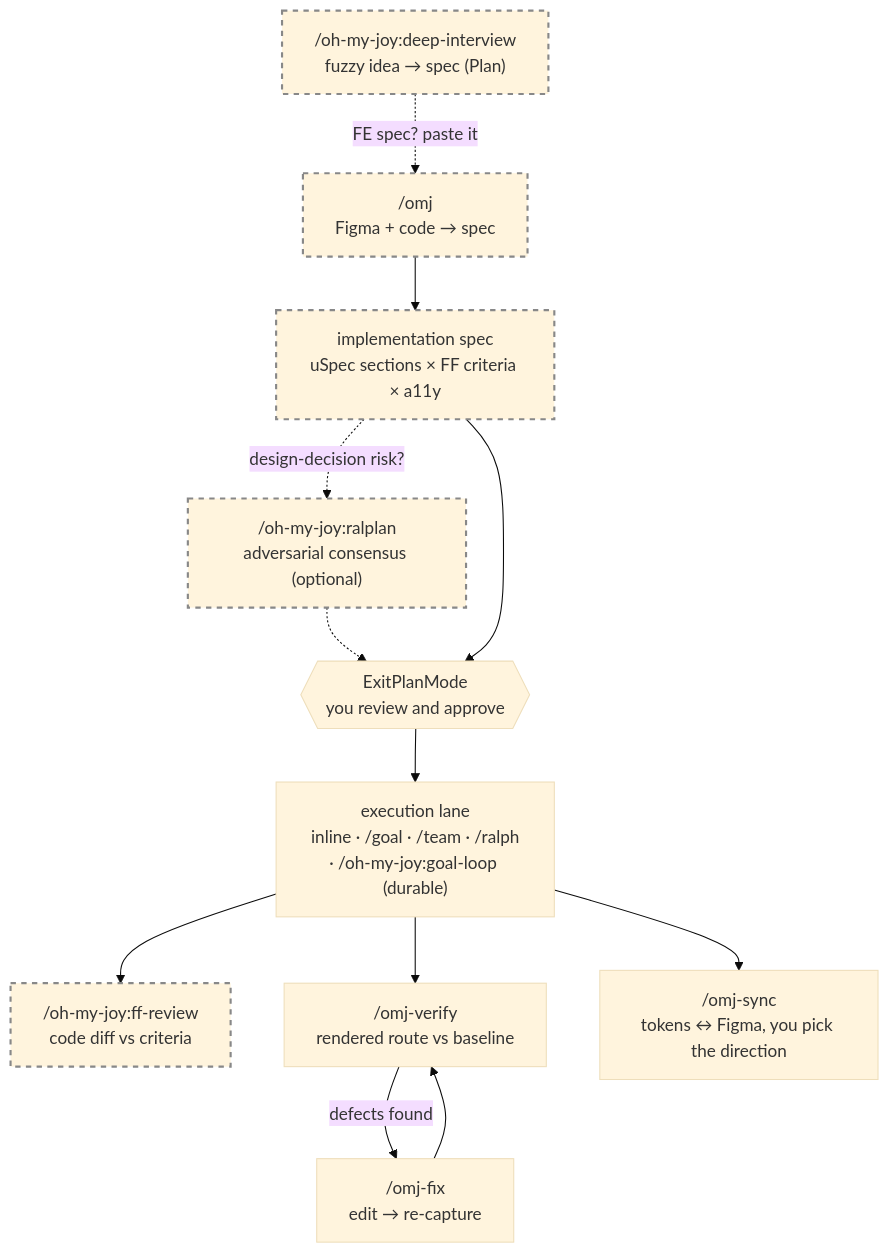
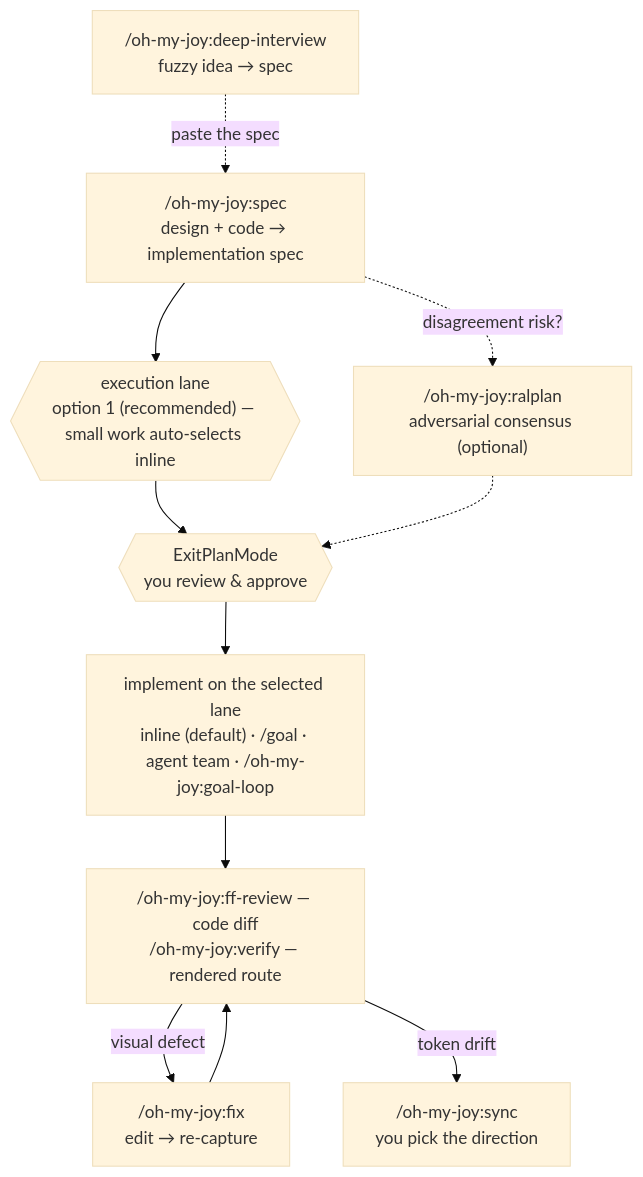
Before and after one commit to S-jooyoung/oh-my-joy: the diagram in README.md, drawn with Mermaid (base theme). The commit also changed other lines of this file and 34 other files, not shown here.

First line of the commit message:
refactor: unify commands under /oh-my-joy and rebase execution lanes (#26)

````diff
--- a/README.md
+++ b/README.md
@@ -28,16 +55,13 @@
 ```mermaid
 flowchart TD
-    DI["/oh-my-joy:deep-interview<br/>fuzzy idea → spec (Plan)"]:::readonly -.->|"FE spec? paste it"| A
-    A["/omj<br/>Figma + code → spec"]:::readonly --> B["implementation spec<br/>uSpec sections × FF criteria × a11y"]:::readonly
-    B -.->|"design-decision risk?"| R["/oh-my-joy:ralplan<br/>adversarial consensus (optional)"]:::readonly
-    R -.-> C
-    B --> C{{"ExitPlanMode<br/>you review and approve"}}
-    C --> D["execution lane<br/>inline · /goal · /team · /ralph<br/>· /oh-my-joy:goal-loop (durable)"]
-    D --> E["/oh-my-joy:ff-review<br/>code diff vs criteria"]:::readonly
-    D --> F["/omj-verify<br/>rendered route vs baseline"]
-    F -->|defects found| G["/omj-fix<br/>edit → re-capture"]
-    G --> F
-    D --> H["/omj-sync<br/>tokens ↔ Figma, you pick the direction"]
-
-    classDef readonly stroke:#888,stroke-width:2px,stroke-dasharray: 5 5;
+    DI["/oh-my-joy:deep-interview<br/>fuzzy idea → spec"] -.->|"paste the spec"| S
+    S["/oh-my-joy:spec<br/>design + code → implementation spec"] --> L{{"execution lane<br/>option 1 (recommended) — small work auto-selects inline"}}
+    L --> P{{"ExitPlanMode<br/>you review & approve"}}
+    S -.->|"disagreement risk?"| R["/oh-my-joy:ralplan<br/>adversarial consensus (optional)"]
+    R -.-> P
+    P --> I["implement on the selected lane<br/>inline (default) · /goal · agent team · /oh-my-joy:goal-loop"]
+    I --> V["/oh-my-joy:ff-review — code diff<br/>/oh-my-joy:verify — rendered route"]
+    V -->|"visual defect"| F["/oh-my-joy:fix<br/>edit → re-capture"]
+    F --> V
+    V -->|"token drift"| T["/oh-my-joy:sync<br/>you pick the direction"]
 ```
````
